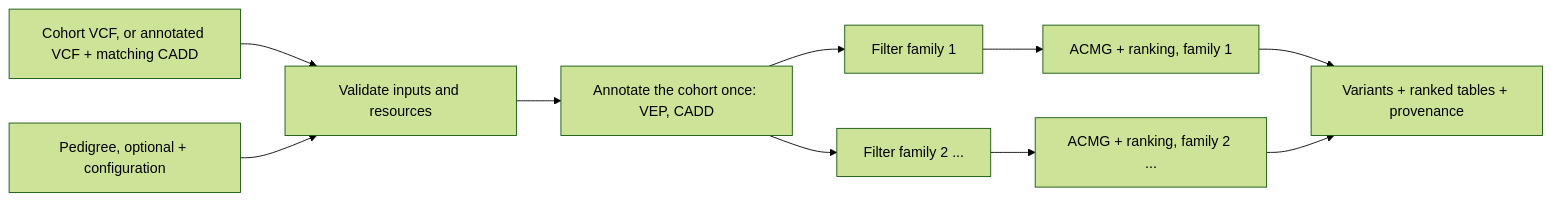
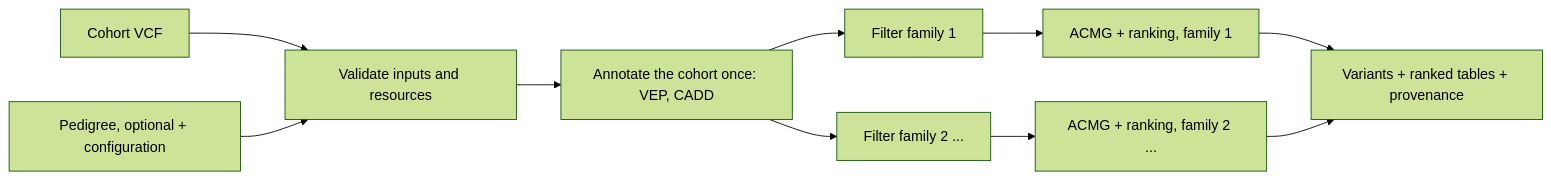
Before and after one commit to yangyxt/PriVA: the diagram in README.md, drawn with Mermaid (forest theme). The commit also changed other lines of this file and 6 other files, not shown here.

````diff
--- a/README.md
+++ b/README.md
@@ -5,12 +5,12 @@
 ```mermaid
 flowchart LR
-    I[Cohort VCF, or annotated VCF + matching CADD] --> V[Validate inputs and resources]
+    I[Cohort VCF] --> V[Validate inputs and resources]
     P[Pedigree, optional + configuration] --> V
     V --> A[Annotate the cohort once: VEP, CADD]
     A --> F1[Filter family 1]
     A --> F2[Filter family 2 ...]
     F1 --> R1[ACMG + ranking, family 1]
     F2 --> R2[ACMG + ranking, family 2 ...]
     R1 --> O[Variants + ranked tables + provenance]
     R2 --> O
 ```
````
